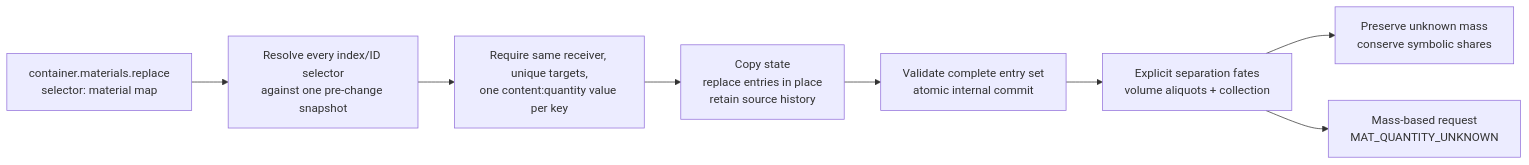
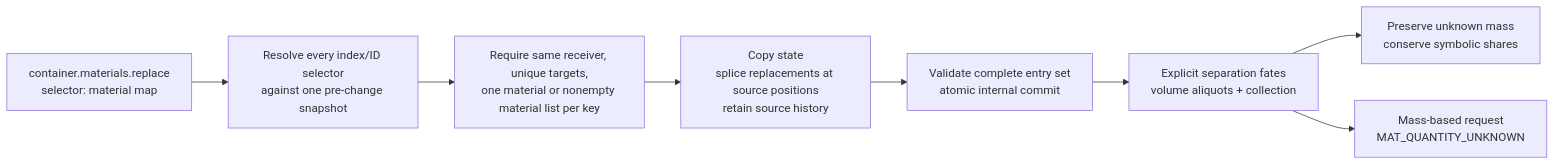
One commit to culsma/culsma changed the second of 14 diagrams in docs/architecture/runtime_module_diagrams.md. Above: the diagram before and after it, drawn with Mermaid. The commit also changed other lines of this file and 5 other files, not shown here.

Commit message:
feat(material): support one-to-many replacements

````diff
--- a/docs/architecture/runtime_module_diagrams.md
+++ b/docs/architecture/runtime_module_diagrams.md
@@ -136,10 +136,10 @@
 ```mermaid
 flowchart LR
     Front["container.materials.replace<br/>selector: material map"] --> Resolve["Resolve every index/ID selector<br/>against one pre-change snapshot"]
-    Resolve --> Validate["Require same receiver, unique targets,<br/>one content:quantity value per key"]
-    Validate --> Candidate["Copy state<br/>replace entries in place<br/>retain source history"]
+    Resolve --> Validate["Require same receiver, unique targets,<br/>one material or nonempty material list per key"]
+    Validate --> Candidate["Copy state<br/>splice replacements at source positions<br/>retain source history"]
     Candidate --> Commit["Validate complete entry set<br/>atomic internal commit"]
     Commit --> Route["Explicit separation fates<br/>volume aliquots + collection"]
     Route --> Shares["Preserve unknown mass<br/>conserve symbolic shares"]
     Route --> Numeric["Mass-based request<br/>MAT_QUANTITY_UNKNOWN"]
 ```
````
